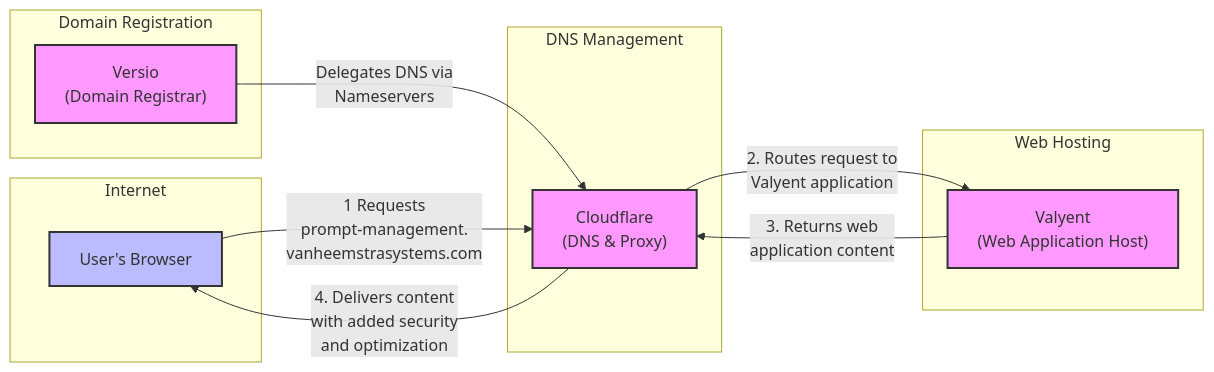
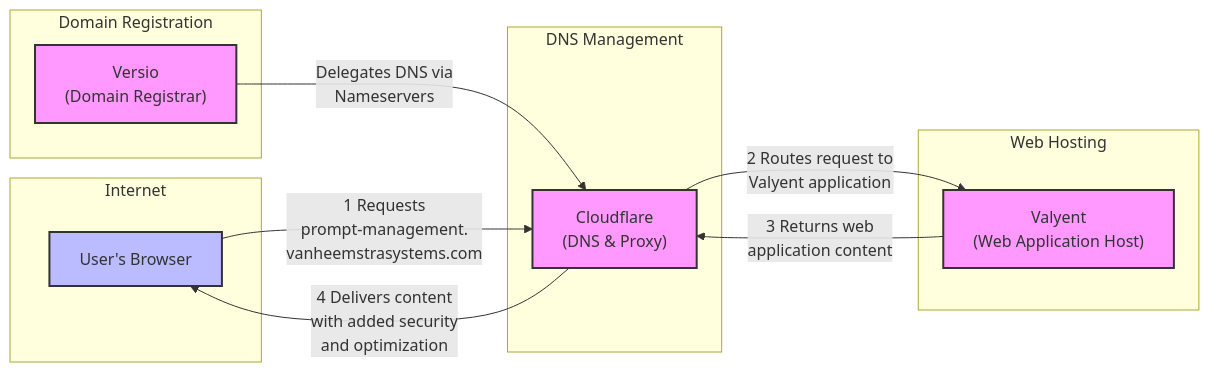
One commit to vanHeemstraSystems/cloudflare changed the diagram in 300/200/README.md. Above: the diagram before and after it, drawn with Mermaid.

````diff
--- a/300/200/README.md
+++ b/300/200/README.md
@@ -5,33 +5,33 @@
 ```mermaid
 flowchart LR
     subgraph Internet
         Browser["User's Browser"]
     end
 
     subgraph "Domain Registration"
         Versio["Versio\n(Domain Registrar)"]
     end
 
     subgraph "DNS Management"
         Cloudflare["Cloudflare\n(DNS & Proxy)"]
     end
 
     subgraph "Web Hosting"
         Valyent["Valyent\n(Web Application Host)"]
     end
 
     %% DNS Setup Flow
     Versio -->|"Delegates DNS via\nNameservers"| Cloudflare
     
     %% Request Flow
     Browser -->|"1 Requests\nprompt-management.\nvanheemstrasystems.com"| Cloudflare
-    Cloudflare -->|"2. Routes request to\nValyent application"| Valyent
-    Valyent -->|"3. Returns web\napplication content"| Cloudflare
-    Cloudflare -->|"4. Delivers content\nwith added security\nand optimization"| Browser
+    Cloudflare -->|"2 Routes request to\nValyent application"| Valyent
+    Valyent -->|"3 Returns web\napplication content"| Cloudflare
+    Cloudflare -->|"4 Delivers content\nwith added security\nand optimization"| Browser
 
     %% Styling
     classDef provider fill:#f9f,stroke:#333,stroke-width:2px
     classDef service fill:#bbf,stroke:#333,stroke-width:2px
     class Versio,Cloudflare,Valyent provider
     class Browser service
 ```
````
